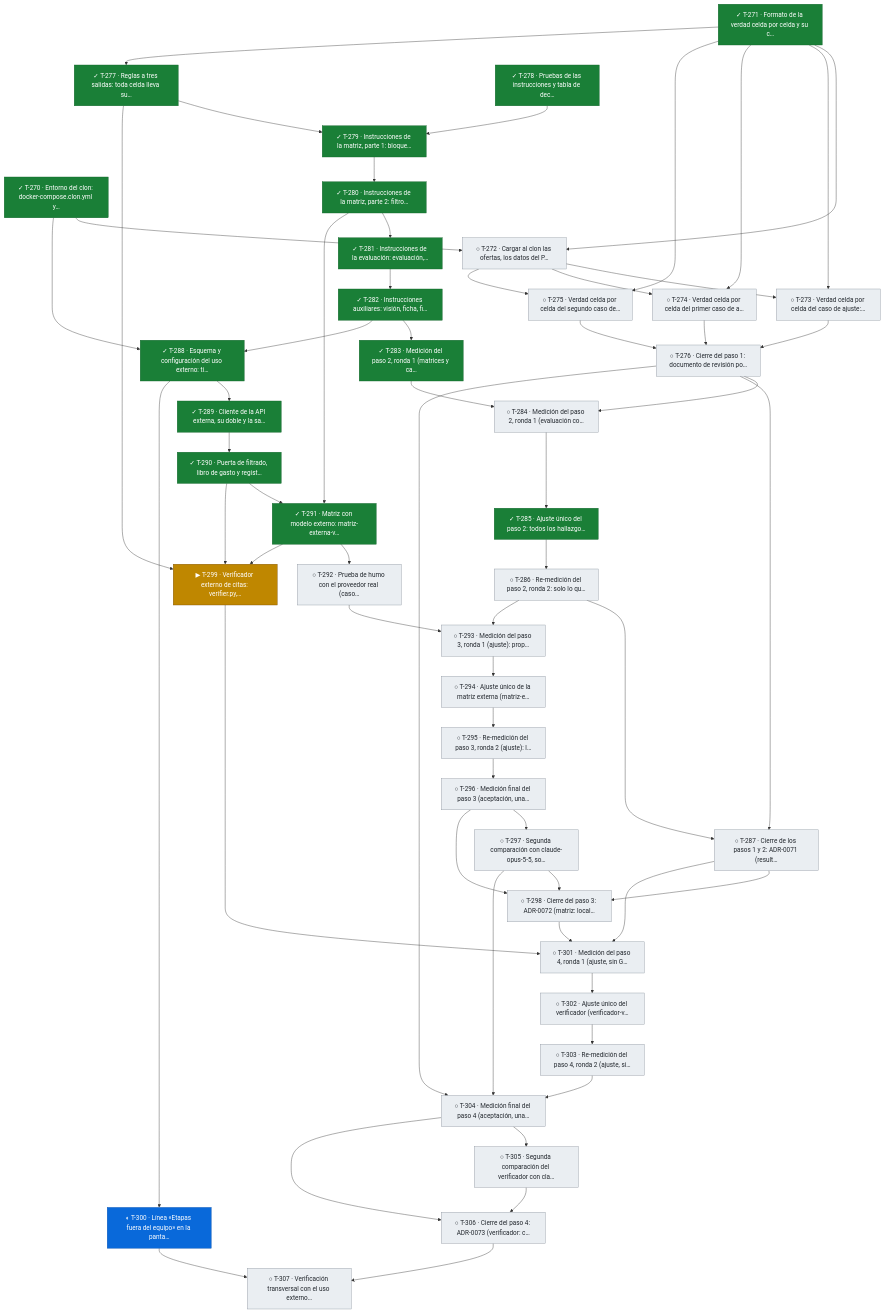
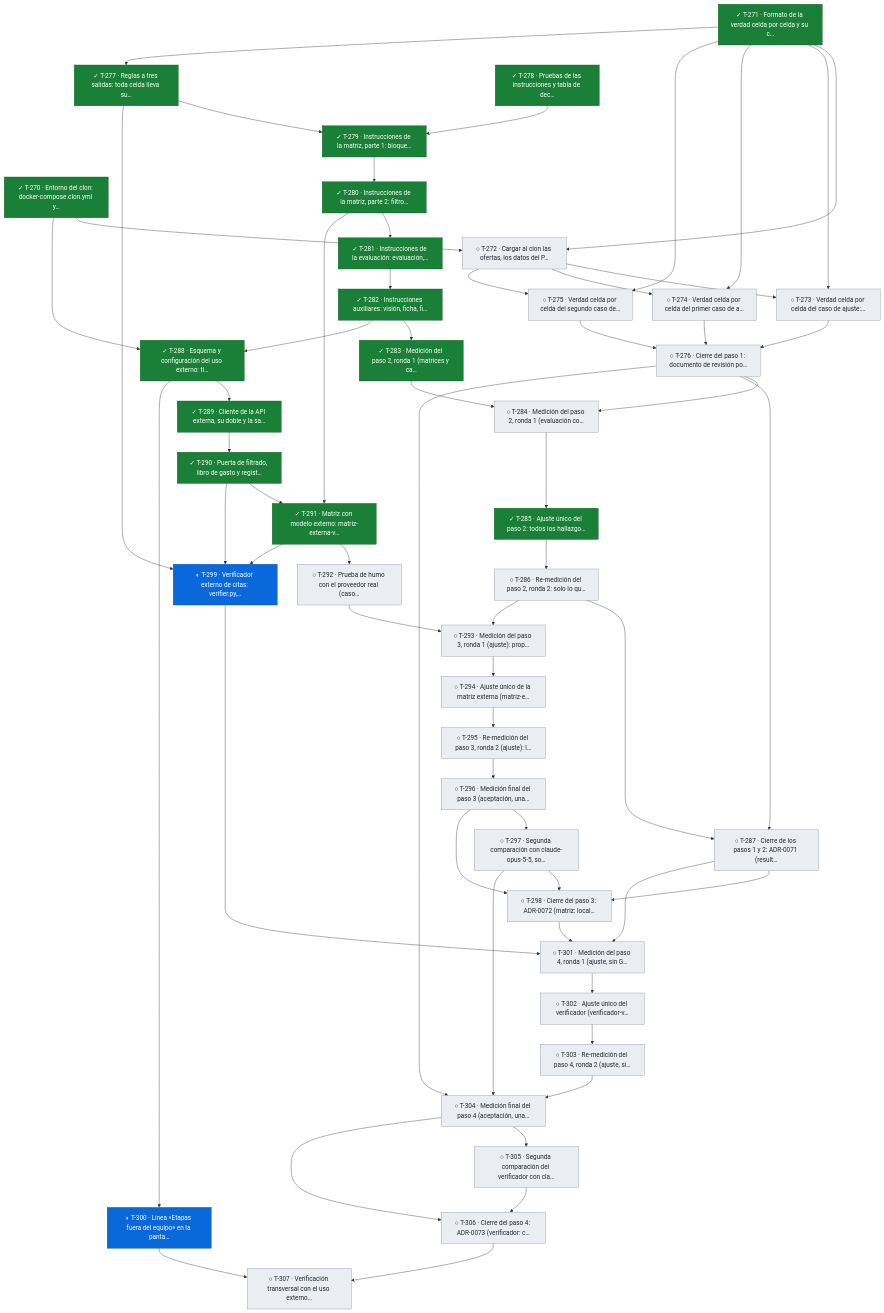
Diagram 21 of 21 in docs/tablero.md (snavello/EVALUON), drawn with Mermaid before and after one commit. The commit also changed other lines of this file and 1 other file, not shown here.

Commit message:
gestión: T-299 en verificación (016)

```diff
--- a/docs/tablero.md
+++ b/docs/tablero.md
@@ -1600,7 +1600,7 @@
   T296["○ T-296 · Medición final del paso 3 (aceptación, una…"]:::todo
   T297["○ T-297 · Segunda comparación con claude-opus-5-5, so…"]:::todo
   T298["○ T-298 · Cierre del paso 3: ADR-0072 (matriz: local…"]:::todo
-  T299["▶ T-299 · Verificador externo de citas: verifier.py,…"]:::active
+  T299["◐ T-299 · Verificador externo de citas: verifier.py,…"]:::review
   T300["◐ T-300 · Línea «Etapas fuera del equipo» en la panta…"]:::review
   T301["○ T-301 · Medición del paso 4, ronda 1 (ajuste, sin G…"]:::todo
   T302["○ T-302 · Ajuste único del verificador (verificador-v…"]:::todo
```
